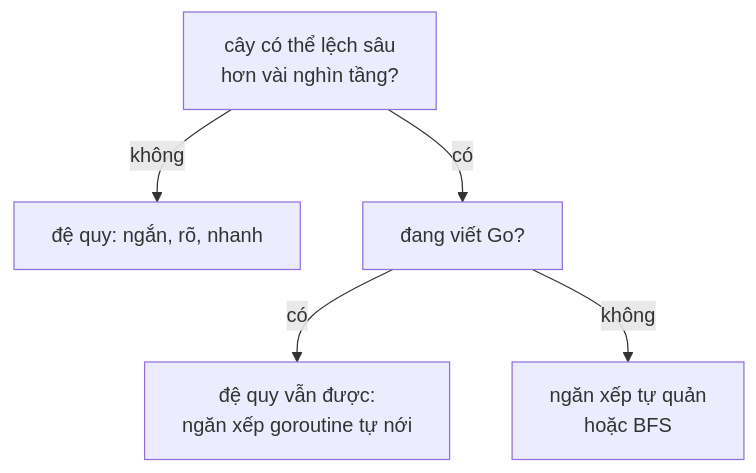
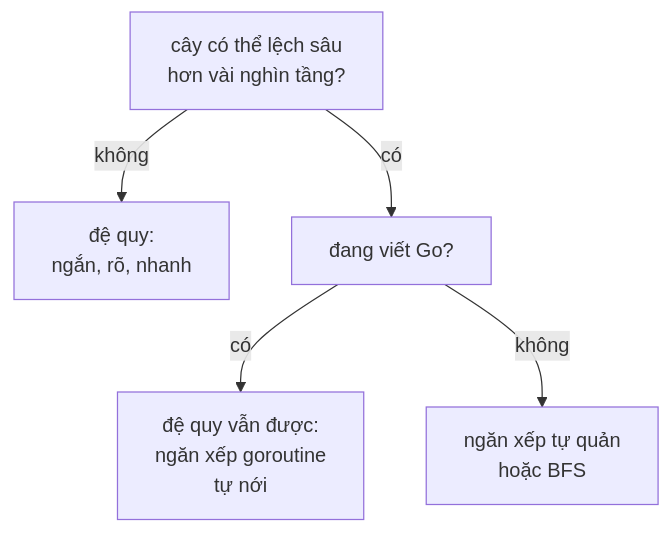
One commit to duongbui234/software-engineering-atlas changed the second of 2 diagrams in content/problems/maximum-depth-of-binary-tree.md. Above: the diagram before and after it, drawn with Mermaid. The commit also changed other lines of this file and 134 other files, not shown here.

First line of the commit message:
Fit every Mermaid diagram at 390px without sideways scroll (#56)

````diff
--- a/content/problems/maximum-depth-of-binary-tree.md
+++ b/content/problems/maximum-depth-of-binary-tree.md
@@ -160,7 +160,7 @@
 ```mermaid
 flowchart TB
-  Q1["cây có thể lệch sâu<br/>hơn vài nghìn tầng?"] -->|không| A1["đệ quy: ngắn, rõ, nhanh"]
+  Q1["cây có thể lệch sâu<br/>hơn vài nghìn tầng?"] -->|không| A1["đệ quy:<br/>ngắn, rõ, nhanh"]
   Q1 -->|có| Q2["đang viết Go?"]
-  Q2 -->|có| A2["đệ quy vẫn được:<br/>ngăn xếp goroutine tự nới"]
+  Q2 -->|có| A2["đệ quy vẫn được:<br/>ngăn xếp goroutine<br/>tự nới"]
   Q2 -->|không| A3["ngăn xếp tự quản<br/>hoặc BFS"]
 ```
````
